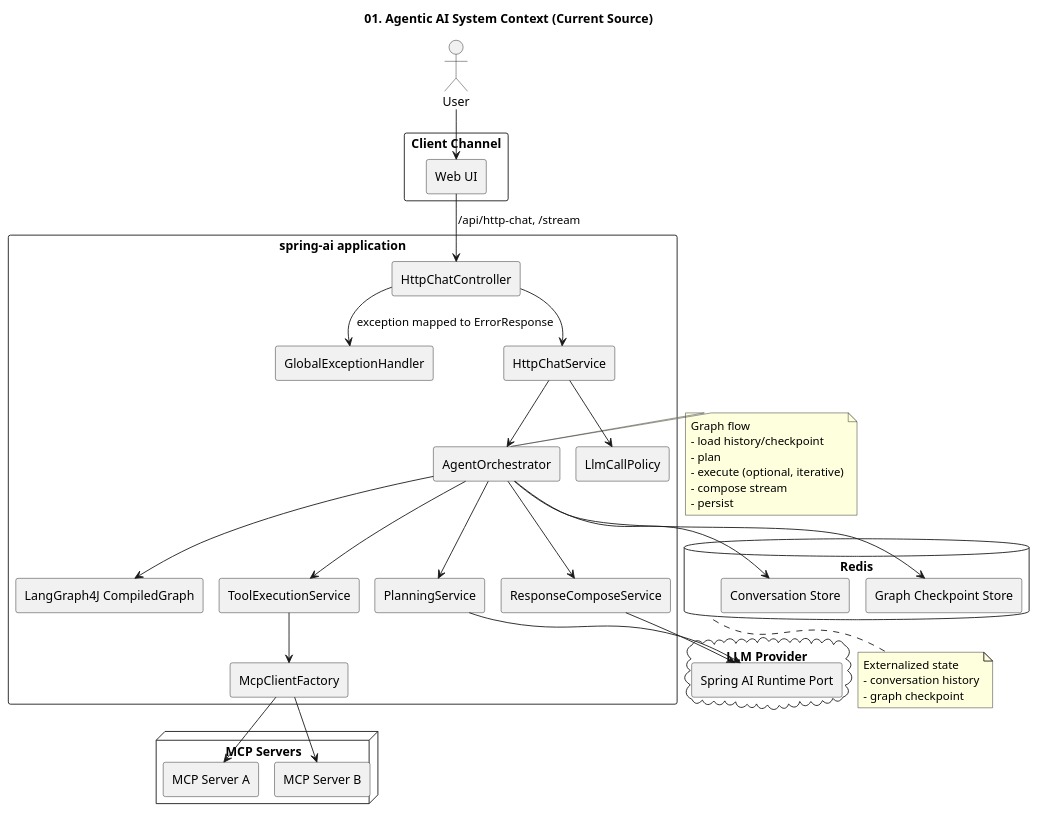
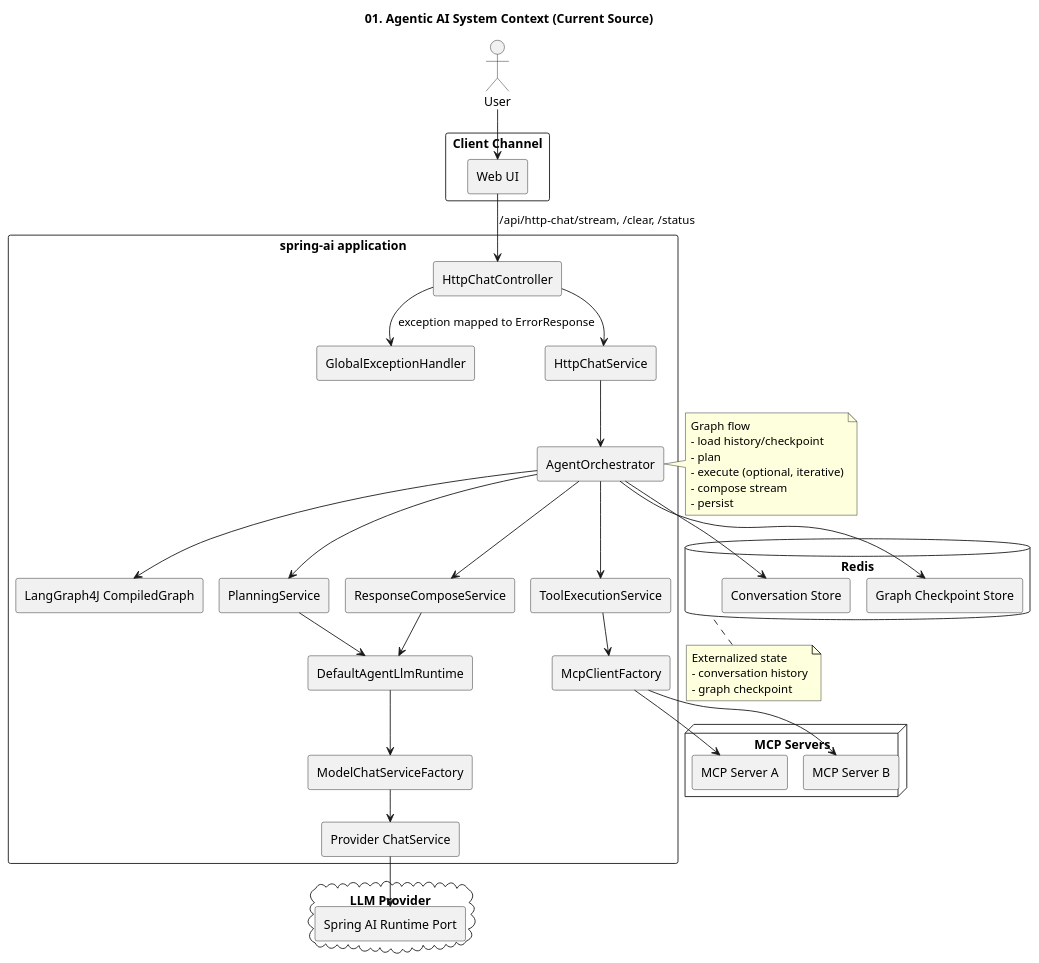
The diagram in documents/mcp-orchestrator-architecture/01-system-context.puml (kim57uak/spring-ai), drawn with PlantUML before and after one commit. The commit also changed 16 other files, not shown here.

Commit message:
docs: sync architecture docs with current source

```diff
--- a/documents/mcp-orchestrator-architecture/01-system-context.puml
+++ b/documents/mcp-orchestrator-architecture/01-system-context.puml
@@ -1,74 +1,78 @@
 @startuml
 !pragma layout smetana
 title 01. Agentic AI System Context (Current Source)
 
 skinparam shadowing false
 skinparam componentStyle rectangle
 
 actor User
 
 rectangle "Client Channel" {
   [Web UI] as WebUi
 }
 
 rectangle "spring-ai application" {
   [HttpChatController] as Controller
   [GlobalExceptionHandler] as Advice
   [HttpChatService] as ChatService
   [AgentOrchestrator] as Orchestrator
   [LangGraph4J CompiledGraph] as StateGraph
   [PlanningService] as PlanningService
   [ToolExecutionService] as ToolExecutionService
   [ResponseComposeService] as ResponseComposeService
+  [DefaultAgentLlmRuntime] as LlmRuntime
+  [ModelChatServiceFactory] as ChatFactory
+  [Provider ChatService] as ProviderChatService
   [McpClientFactory] as McpClientFactory
-  [LlmCallPolicy] as LlmPolicy
 }
 
 database "Redis" as Redis {
   [Conversation Store] as ConversationStore
   [Graph Checkpoint Store] as CheckpointStore
 }
 
 cloud "LLM Provider" {
   [Spring AI Runtime Port] as SpringAiRuntime
 }
 
 node "MCP Servers" {
   [MCP Server A] as McpA
   [MCP Server B] as McpB
 }
 
 User --> WebUi
-WebUi --> Controller : /api/http-chat, /stream
+WebUi --> Controller : /api/http-chat/stream, /clear, /status
 Controller --> ChatService
 Controller --> Advice : exception mapped to ErrorResponse
 ChatService --> Orchestrator
-ChatService --> LlmPolicy
 Orchestrator --> StateGraph
 Orchestrator --> PlanningService
 Orchestrator --> ToolExecutionService
 Orchestrator --> ResponseComposeService
 Orchestrator --> ConversationStore
 Orchestrator --> CheckpointStore
-PlanningService --> SpringAiRuntime
-ResponseComposeService --> SpringAiRuntime
+PlanningService --> LlmRuntime
+ResponseComposeService --> LlmRuntime
+LlmRuntime --> ChatFactory
+ChatFactory --> ProviderChatService
+ProviderChatService --> SpringAiRuntime
 ToolExecutionService --> McpClientFactory
 McpClientFactory --> McpA
 McpClientFactory --> McpB
 
 note right of Orchestrator
 Graph flow
 - load history/checkpoint
 - plan
 - execute (optional, iterative)
 - compose stream
 - persist
 end note
 
 note bottom of Redis
 Externalized state
 - conversation history
 - graph checkpoint
 end note
 
 @enduml
```
